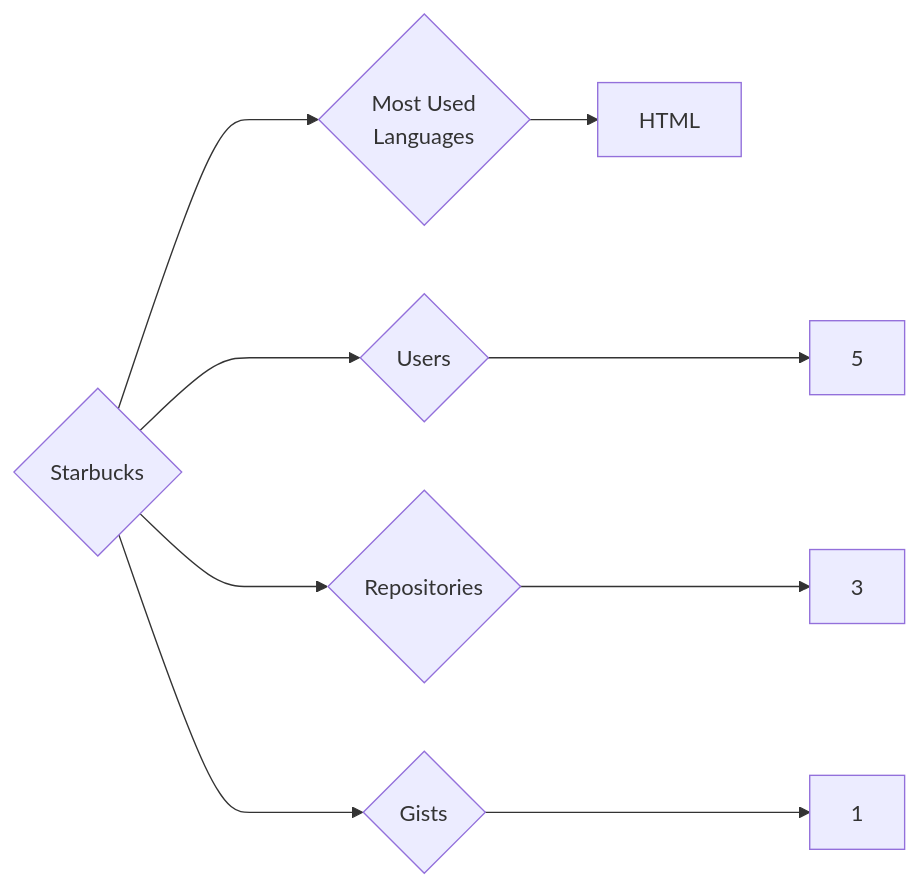
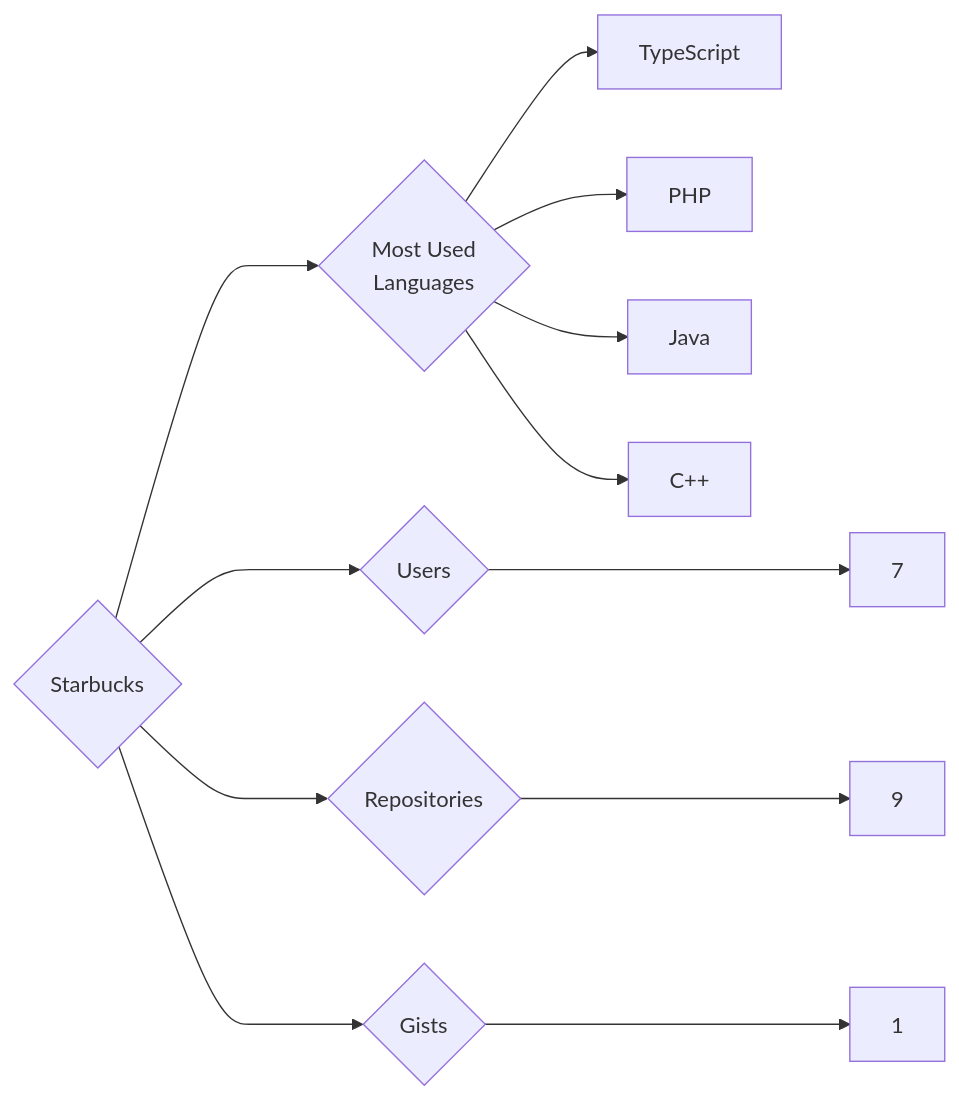
One commit to trickest/insiders changed the diagram in targets/Starbucks/README.md. Above: the diagram before and after it, drawn with Mermaid. The commit also changed 794 other files, not shown here.

````diff
--- a/targets/Starbucks/README.md
+++ b/targets/Starbucks/README.md
@@ -3,9 +3,12 @@
 ```mermaid
 graph LR
 COMPANY_NAME{Starbucks}
-COMPANY_NAME ---> U{Users} ---> UN[5]
-COMPANY_NAME ---> R{Repositories} ---> RN[3]
+COMPANY_NAME ---> U{Users} ---> UN[7]
+COMPANY_NAME ---> R{Repositories} ---> RN[9]
 COMPANY_NAME ---> G{Gists} ---> GN[1]
 COMPANY_NAME ---> ML{Most Used<br>Languages}
-ML --> HTML[HTML]
+ML --> TypeScript[TypeScript]
+ML --> PHP[PHP]
+ML --> Java[Java]
+ML --> C++[C++]
 ```
````
